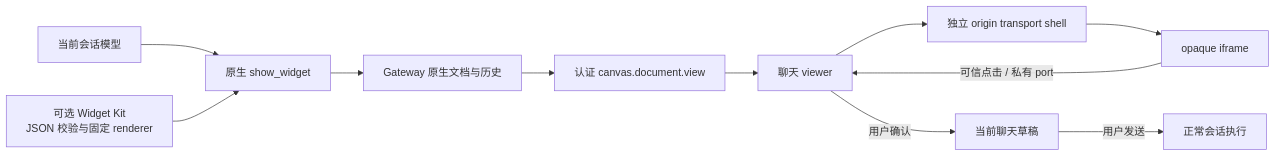
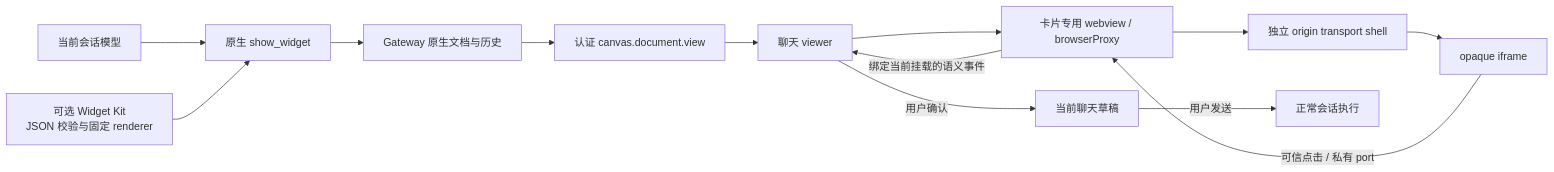
Before and after one commit to liangxhao/JustDo: the diagram in docs/features/chat/interactive-answers.md, drawn with Mermaid. The commit also changed other lines of this file and 27 other files, not shown here.

````diff
--- a/docs/features/chat/interactive-answers.md
+++ b/docs/features/chat/interactive-answers.md
@@ -118,13 +118,15 @@
 ```mermaid
 flowchart LR
   Model[当前会话模型] --> Tool[原生 show_widget]
   Plugin[可选 Widget Kit<br/>JSON 校验与固定 renderer] --> Tool
   Tool --> Native[Gateway 原生文档与历史]
   Native --> View[认证 canvas.document.view]
   View --> Host[聊天 viewer]
-  Host --> Outer[独立 origin transport shell]
+  Host --> Guest[卡片专用 webview / browserProxy]
+  Guest --> Outer[独立 origin transport shell]
   Outer --> Inner[opaque iframe]
-  Inner -->|可信点击 / 私有 port| Host
+  Inner -->|可信点击 / 私有 port| Guest
+  Guest -->|绑定当前挂载的语义事件| Host
   Host -->|用户确认| Draft[当前聊天草稿]
   Draft -->|用户发送| Run[正常会话执行]
 ```
````
